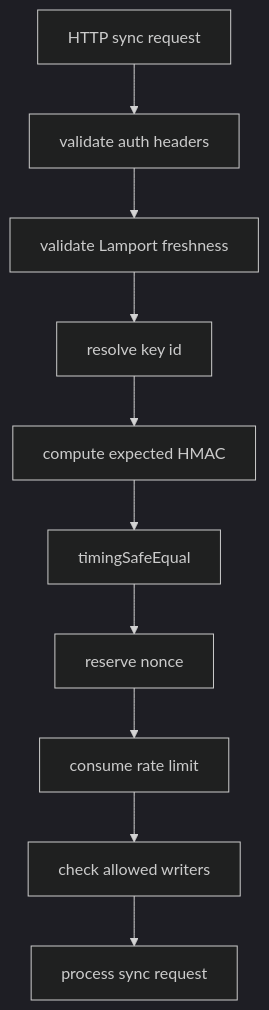
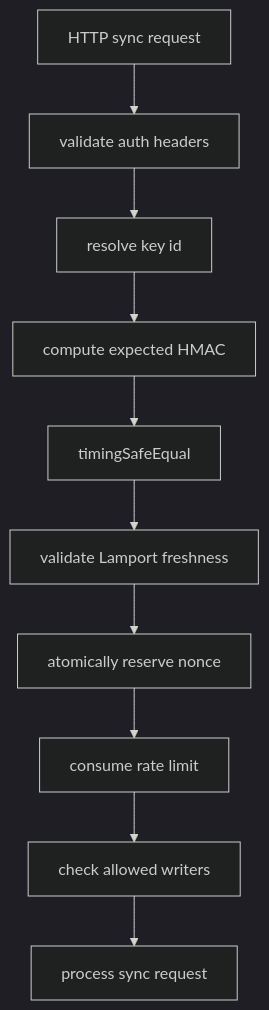
Diagram 24 of 25 in docs/TECHNICAL_TEARDOWN.md (git-stunts/git-warp), drawn with Mermaid (dark theme) before and after one commit. The commit also changed other lines of this file and 22 other files, not shown here.

````diff
--- a/docs/TECHNICAL_TEARDOWN.md
+++ b/docs/TECHNICAL_TEARDOWN.md
@@ -1424,12 +1424,12 @@
 ```mermaid
 flowchart TD
     request["HTTP sync request"] --> headers["validate auth headers"]
-    headers --> freshness["validate Lamport freshness"]
-    freshness --> key["resolve key id"]
+    headers --> key["resolve key id"]
     key --> hmac["compute expected HMAC"]
     hmac --> compare["timingSafeEqual"]
-    compare --> nonce["reserve nonce"]
+    compare --> freshness["validate Lamport freshness"]
+    freshness --> nonce["atomically reserve nonce"]
     nonce --> rate["consume rate limit"]
     rate --> writers["check allowed writers"]
     writers --> allow["process sync request"]
 ```
````
